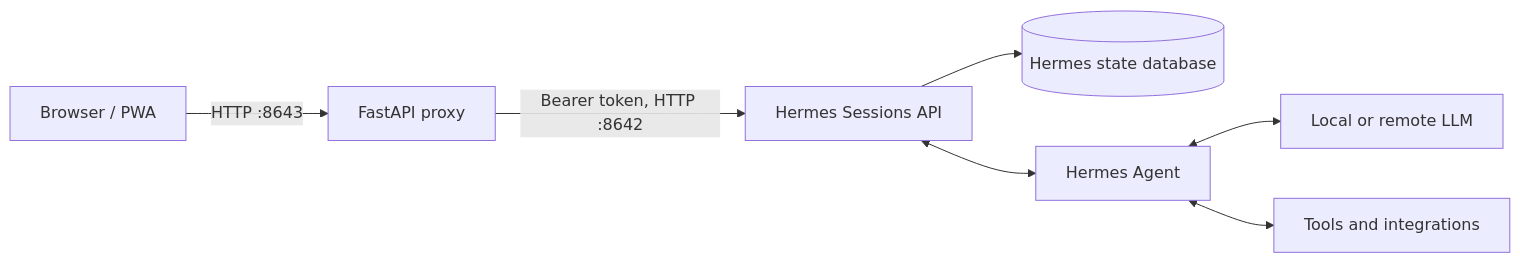
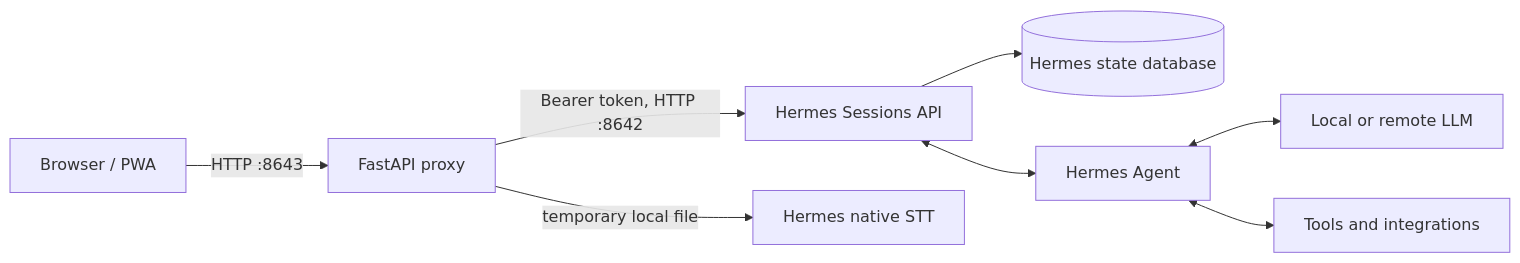
Before and after one commit to lukegskw/hermes-chat-ui: the diagram in README.md, drawn with Mermaid. The commit also changed other lines of this file and 45 other files, not shown here.

````diff
--- a/README.md
+++ b/README.md
@@ -53,9 +54,10 @@
 ```mermaid
 graph LR
     Browser[Browser / PWA] -->|HTTP :8643| Proxy[FastAPI proxy]
     Proxy -->|Bearer token, HTTP :8642| API[Hermes Sessions API]
+    Proxy -->|temporary local file| STT[Hermes native STT]
     API --> DB[(Hermes state database)]
     API <--> Agent[Hermes Agent]
     Agent <--> LLM[Local or remote LLM]
     Agent <--> Tools[Tools and integrations]
 ```
````
